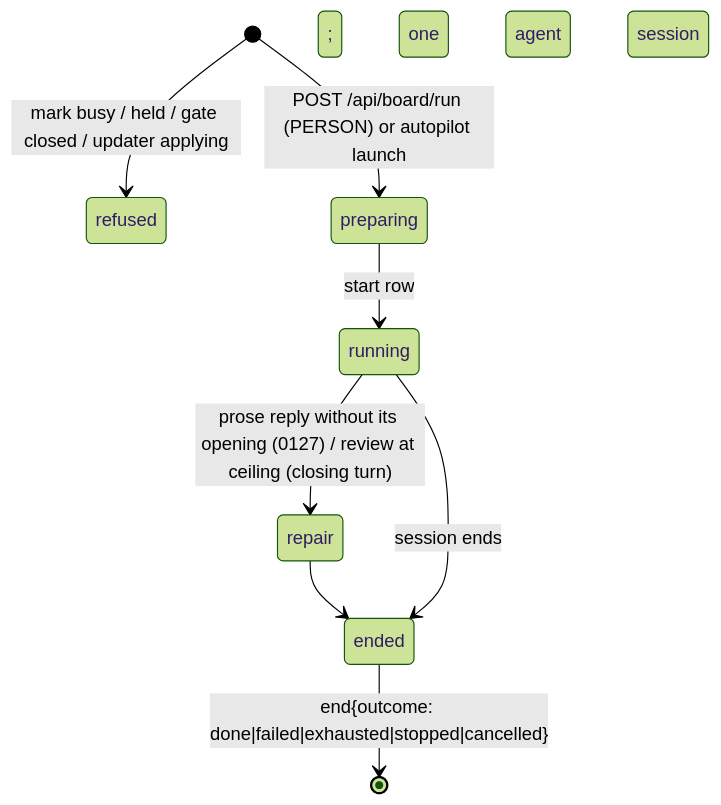
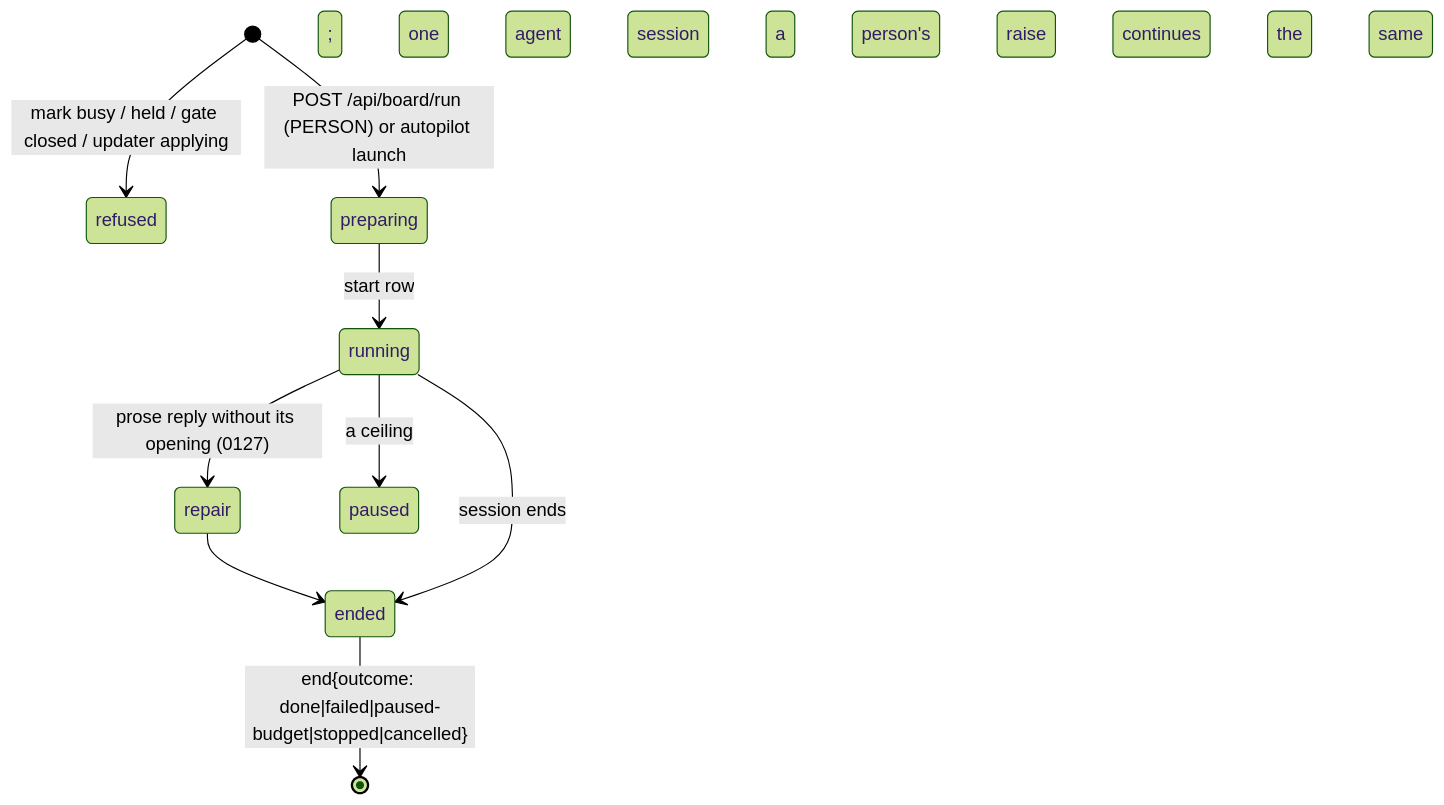
Before and after one commit to baodq97/coscc: the second of 2 diagrams in docs/architecture/fsm.md, drawn with Mermaid (forest theme). The commit also changed other lines of this file and 314 other files, not shown here.

````diff
--- a/docs/architecture/fsm.md
+++ b/docs/architecture/fsm.md
@@ -125,10 +133,11 @@
 ```mermaid
 stateDiagram-v2
   [*] --> refused: mark busy / held / gate closed / updater applying
   [*] --> preparing: POST /api/board/run (PERSON) or autopilot launch
   preparing --> running: start row; one agent session
-  running --> repair: prose reply without its opening (0127) / review at ceiling (closing turn)
+  running --> repair: prose reply without its opening (0127)
   repair --> ended
   running --> ended: session ends
-  ended --> [*]: end{outcome: done|failed|exhausted|stopped|cancelled}
+  running --> paused: a ceiling; a person's raise continues the same session
+  ended --> [*]: end{outcome: done|failed|paused-budget|stopped|cancelled}
 ```
````
